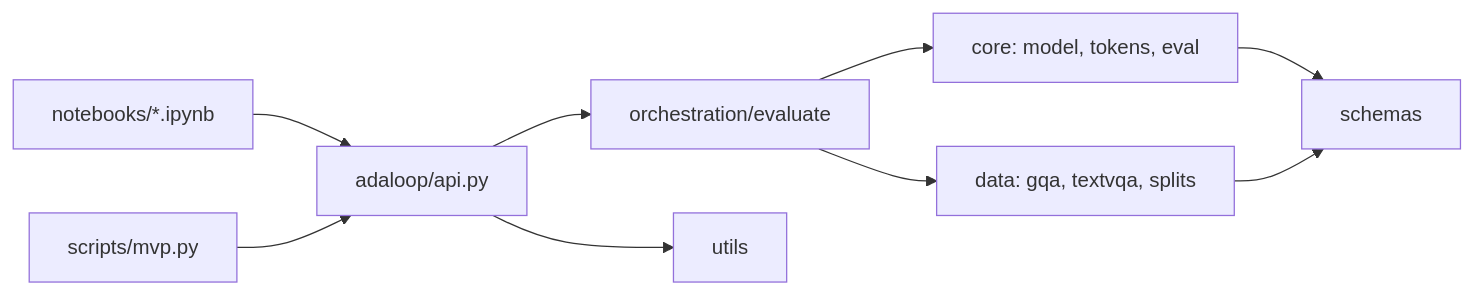
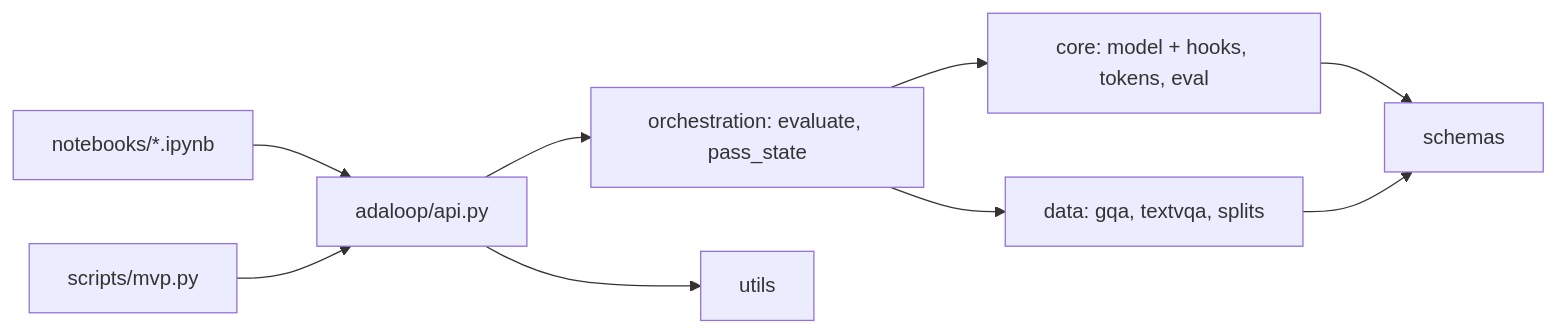
Before and after one commit to Vedaang-Chopra/CEREBRUS: the diagram in docs/ai_context/CODEBASE_MAP.md, drawn with Mermaid. The commit also changed other lines of this file and 7 other files, not shown here.

First line of the commit message:
agent: add pass-state hooks and notebook 05 (S3, S3b); pruning stays packed

````diff
--- a/docs/ai_context/CODEBASE_MAP.md
+++ b/docs/ai_context/CODEBASE_MAP.md
@@ -21,11 +24,11 @@
 ```mermaid
 graph LR
   NB[notebooks/*.ipynb] --> API[adaloop/api.py]
   CLI[scripts/mvp.py] --> API
-  API --> ORCH[orchestration/evaluate]
-  ORCH --> CORE[core: model, tokens, eval]
+  API --> ORCH[orchestration: evaluate, pass_state]
+  ORCH --> CORE[core: model + hooks, tokens, eval]
   ORCH --> DATA[data: gqa, textvqa, splits]
   CORE --> SCHEMAS[schemas]
   DATA --> SCHEMAS
   API --> UTILS[utils]
 ```
````
